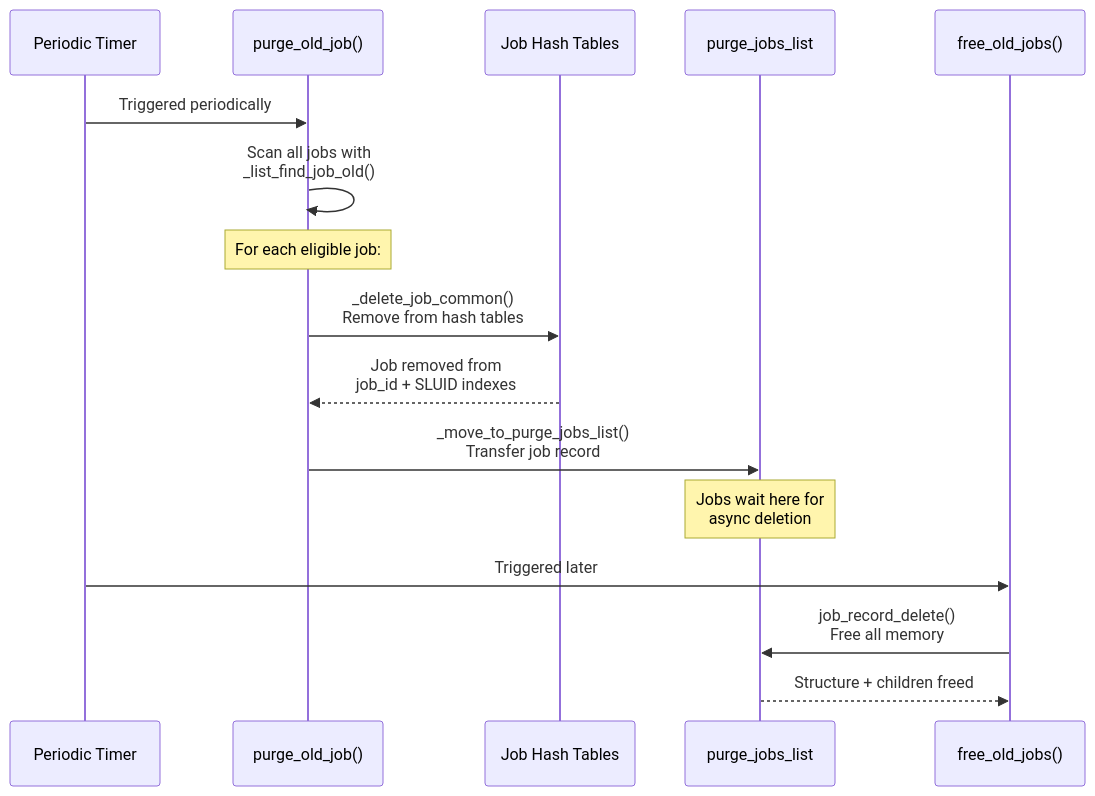
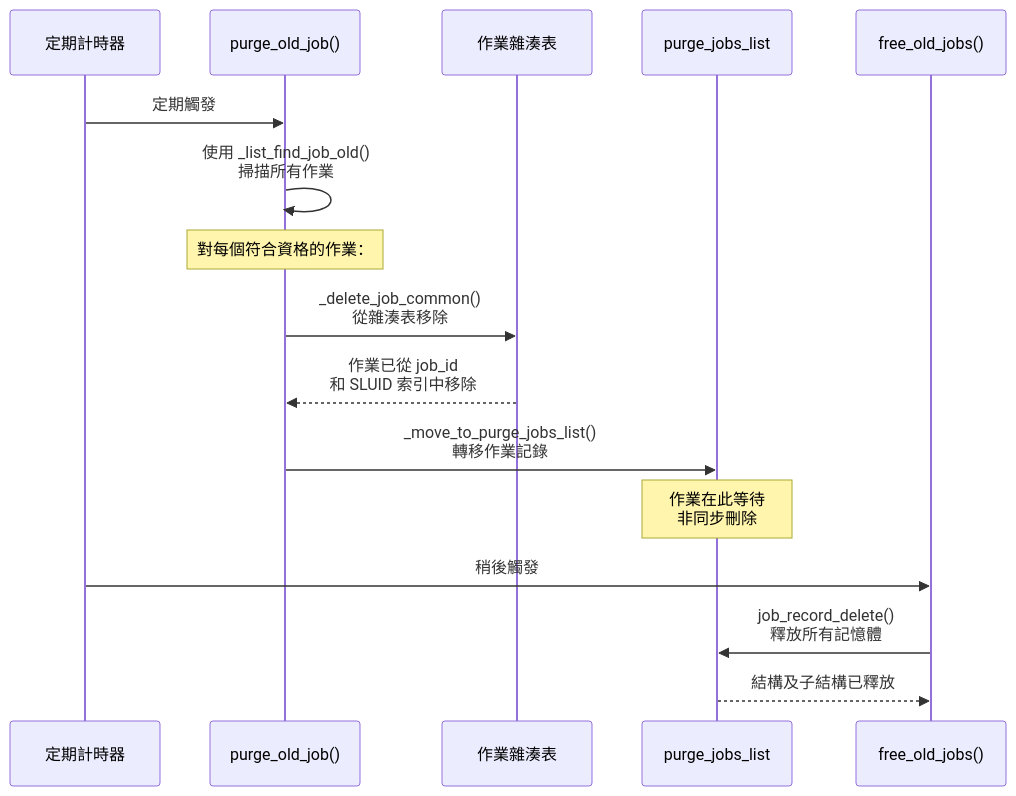
One commit to pichiu/slurm changed the fourth of 6 diagrams in _bmad-output/technical-reference/internals/slurm-job-state-lifecycle.md. Above: the diagram before and after it, drawn with Mermaid. The commit also changed other lines of this file, not shown here.

````diff
--- a/_bmad-output/technical-reference/internals/slurm-job-state-lifecycle.md
+++ b/_bmad-output/technical-reference/internals/slurm-job-state-lifecycle.md
@@ -257,22 +257,22 @@
 ```mermaid
 sequenceDiagram
-    participant Timer as Periodic Timer
+    participant Timer as 定期計時器
     participant PurgeCheck as purge_old_job()
-    participant HashTables as Job Hash Tables
+    participant HashTables as 作業雜湊表
     participant PurgeList as purge_jobs_list
     participant Free as free_old_jobs()
 
-    Timer->>PurgeCheck: Triggered periodically
-    PurgeCheck->>PurgeCheck: Scan all jobs with<br/>_list_find_job_old()
+    Timer->>PurgeCheck: 定期觸發
+    PurgeCheck->>PurgeCheck: 使用 _list_find_job_old()<br/>掃描所有作業
 
-    Note over PurgeCheck: For each eligible job:
-    PurgeCheck->>HashTables: _delete_job_common()<br/>Remove from hash tables
-    HashTables-->>PurgeCheck: Job removed from<br/>job_id + SLUID indexes
-    PurgeCheck->>PurgeList: _move_to_purge_jobs_list()<br/>Transfer job record
+    Note over PurgeCheck: 對每個符合資格的作業：
+    PurgeCheck->>HashTables: _delete_job_common()<br/>從雜湊表移除
+    HashTables-->>PurgeCheck: 作業已從 job_id<br/>和 SLUID 索引中移除
+    PurgeCheck->>PurgeList: _move_to_purge_jobs_list()<br/>轉移作業記錄
 
-    Note over PurgeList: Jobs wait here for<br/>async deletion
+    Note over PurgeList: 作業在此等待<br/>非同步刪除
 
-    Timer->>Free: Triggered later
-    Free->>PurgeList: job_record_delete()<br/>Free all memory
-    PurgeList-->>Free: Structure + children freed
+    Timer->>Free: 稍後觸發
+    Free->>PurgeList: job_record_delete()<br/>釋放所有記憶體
+    PurgeList-->>Free: 結構及子結構已釋放
 ```
````
